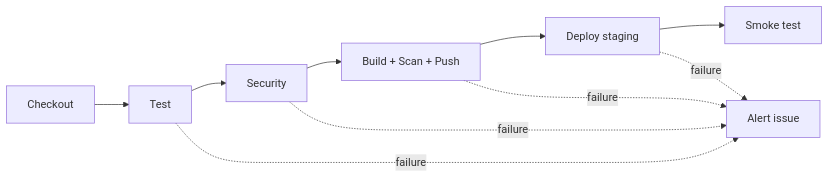
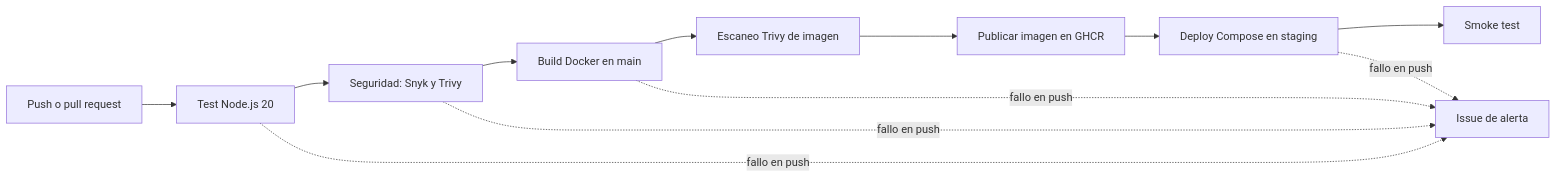
The diagram in README.md (kaYv-1/devops_007d_ols), drawn with Mermaid before and after one commit. The commit also changed other lines of this file and 16 other files, not shown here.

````diff
--- a/README.md
+++ b/README.md
@@ -14,12 +15,14 @@
 ```mermaid
 flowchart LR
-    A[Checkout] --> B[Test]
-    B --> C[Security]
-    C --> D[Build + Scan + Push]
-    D --> E[Deploy staging]
-    E --> F[Smoke test]
-    B -. failure .-> G[Alert issue]
-    C -. failure .-> G
-    D -. failure .-> G
-    E -. failure .-> G
+    A[Push o pull request] --> B[Test Node.js 20]
+    B --> C[Seguridad: Snyk y Trivy]
+    C --> D[Build Docker en main]
+    D --> E[Escaneo Trivy de imagen]
+    E --> F[Publicar imagen en GHCR]
+    F --> G[Deploy Compose en staging]
+    G --> H[Smoke test]
+    B -. fallo en push .-> I[Issue de alerta]
+    C -. fallo en push .-> I
+    D -. fallo en push .-> I
+    G -. fallo en push .-> I
 ```
````
